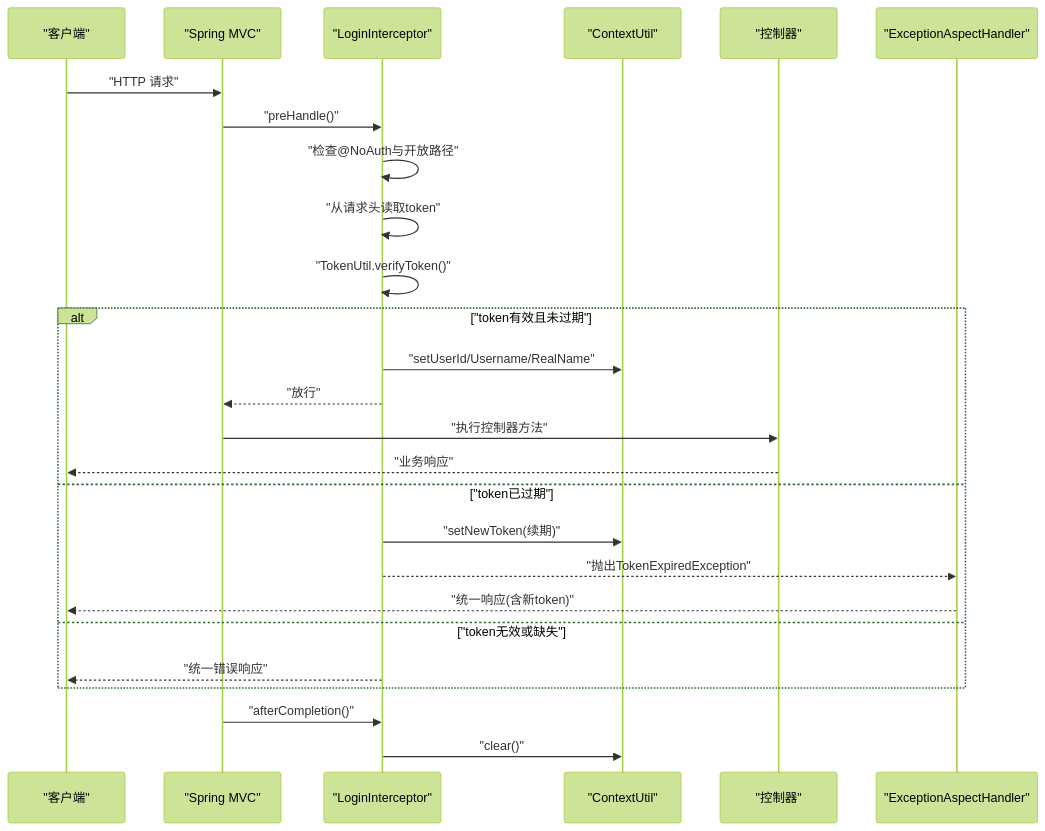
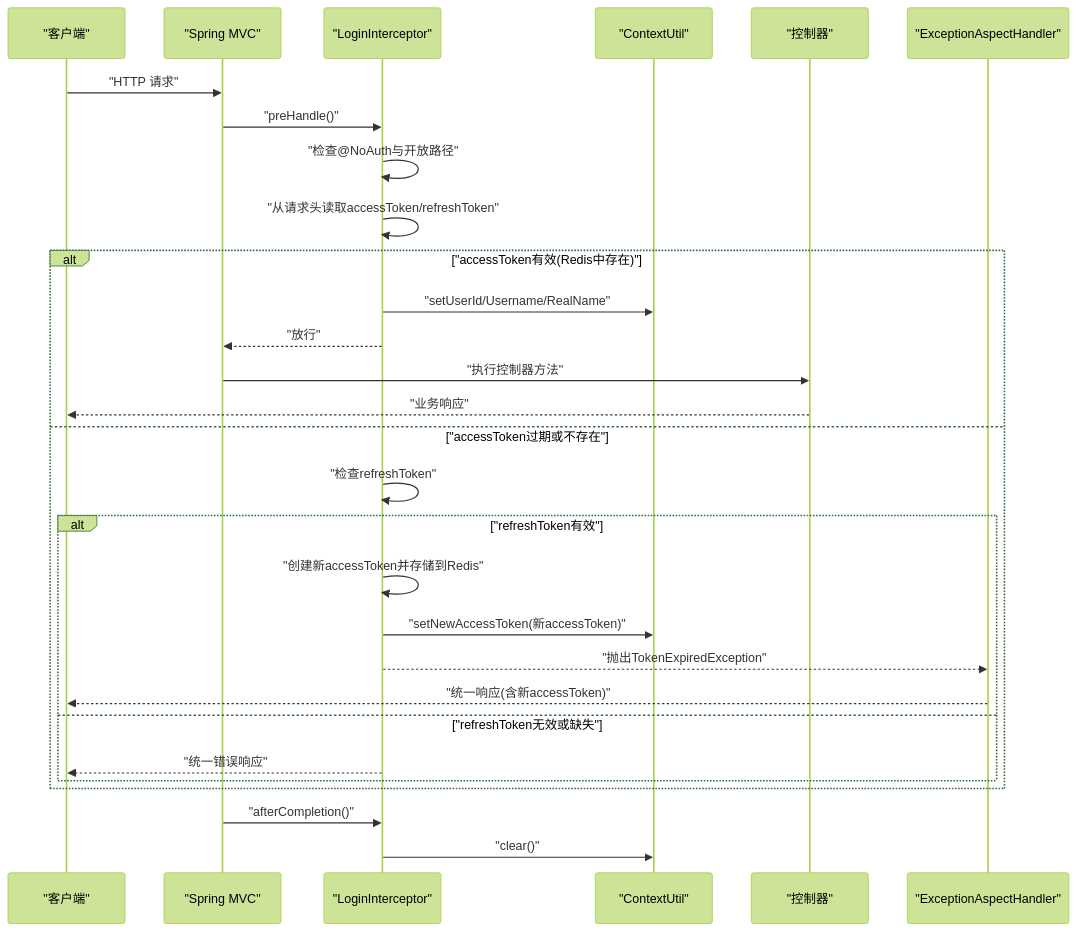
The second of 9 diagrams in .qoder/repowiki/zh/content/安全与认证/权限拦截器.md (liftp/chat_simple), drawn with Mermaid (forest theme) before and after one commit. The commit also changed other lines of this file and 6 other files, not shown here.

````diff
--- a/.qoder/repowiki/zh/content/安全与认证/权限拦截器.md
+++ b/.qoder/repowiki/zh/content/安全与认证/权限拦截器.md
@@ -122,28 +148,31 @@
 ```mermaid
 sequenceDiagram
 participant Client as "客户端"
 participant MVC as "Spring MVC"
 participant Inter as "LoginInterceptor"
 participant Ctx as "ContextUtil"
 participant Ctrl as "控制器"
 participant Ex as "ExceptionAspectHandler"
 Client->>MVC : "HTTP 请求"
 MVC->>Inter : "preHandle()"
 Inter->>Inter : "检查@NoAuth与开放路径"
-Inter->>Inter : "从请求头读取token"
-Inter->>Inter : "TokenUtil.verifyToken()"
-alt "token有效且未过期"
+Inter->>Inter : "从请求头读取accessToken/refreshToken"
+alt "accessToken有效(Redis中存在)"
 Inter->>Ctx : "setUserId/Username/RealName"
 Inter-->>MVC : "放行"
 MVC->>Ctrl : "执行控制器方法"
 Ctrl-->>Client : "业务响应"
-else "token已过期"
-Inter->>Ctx : "setNewToken(续期)"
+else "accessToken过期或不存在"
+Inter->>Inter : "检查refreshToken"
+alt "refreshToken有效"
+Inter->>Inter : "创建新accessToken并存储到Redis"
+Inter->>Ctx : "setNewAccessToken(新accessToken)"
 Inter-->>Ex : "抛出TokenExpiredException"
-Ex-->>Client : "统一响应(含新token)"
-else "token无效或缺失"
+Ex-->>Client : "统一响应(含新accessToken)"
+else "refreshToken无效或缺失"
 Inter-->>Client : "统一错误响应"
+end
 end
 MVC->>Inter : "afterCompletion()"
 Inter->>Ctx : "clear()"
 ```
````
